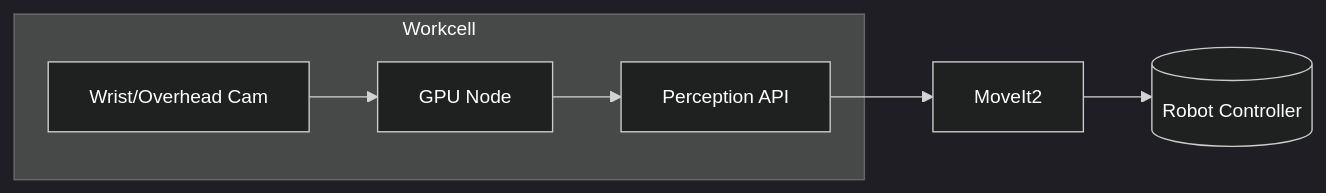
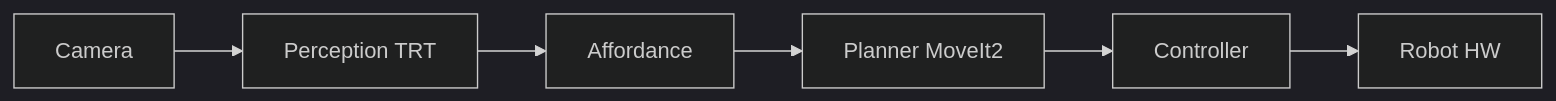
Before and after one commit to aurelius-in/RoboCaps: the diagram in architecture/system_B_RobotManipulation/RobotManipulation_implementable.md, drawn with Mermaid. The commit also changed other lines of this file and 13 other files, not shown here.

Commit message:
arch: deepen global/system docs with detailed narratives and diagrams

````diff
--- a/architecture/system_B_RobotManipulation/RobotManipulation_implementable.md
+++ b/architecture/system_B_RobotManipulation/RobotManipulation_implementable.md
@@ -24,13 +28,9 @@
 ```mermaid
-%%{init: { 'theme': 'dark', 'themeVariables': { 'background':'#000', 'primaryTextColor':'#FFF', 'textColor':'#FFF', 'fontSize':'14px' }}}%%
+%%{init: { 'theme': 'dark', 'themeVariables': { 'background':'#000', 'primaryTextColor':'#FFF', 'fontSize':'16px' }}}%%
 flowchart LR
-    subgraph Cell[Workcell]
-      Cam[Wrist/Overhead Cam]
-      GPU[GPU Node]
-      API[Perception API]
-      Cam --> GPU
-      GPU --> API
-    end
-    API --> MoveIt[MoveIt2]
-    MoveIt --> Robot[(Robot Controller)]
+  Cam[Camera] --> Per[Perception TRT]
+  Per --> Aff[Affordance]
+  Aff --> Plan[Planner MoveIt2]
+  Plan --> Ctrl[Controller]
+  Ctrl --> Robot[Robot HW]
 ```
````
